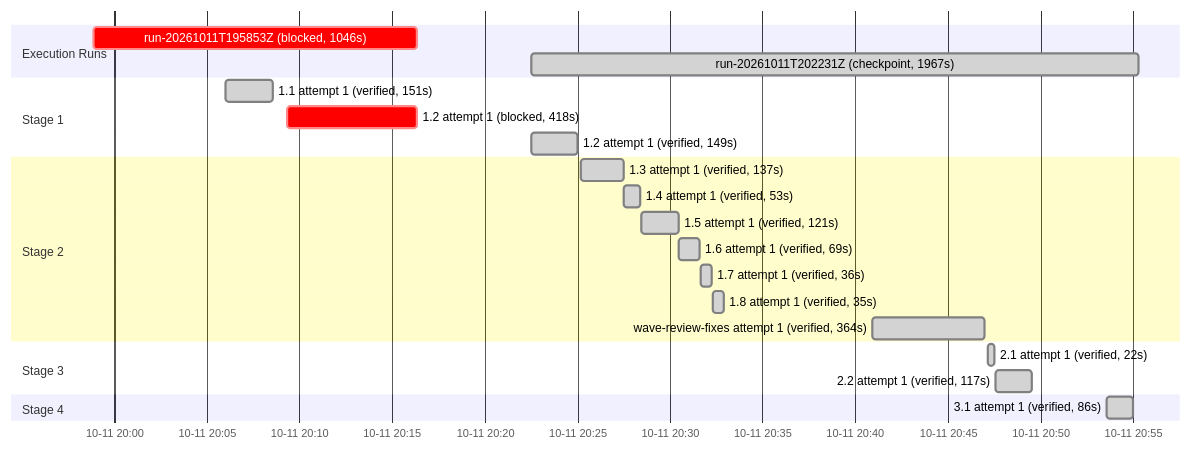
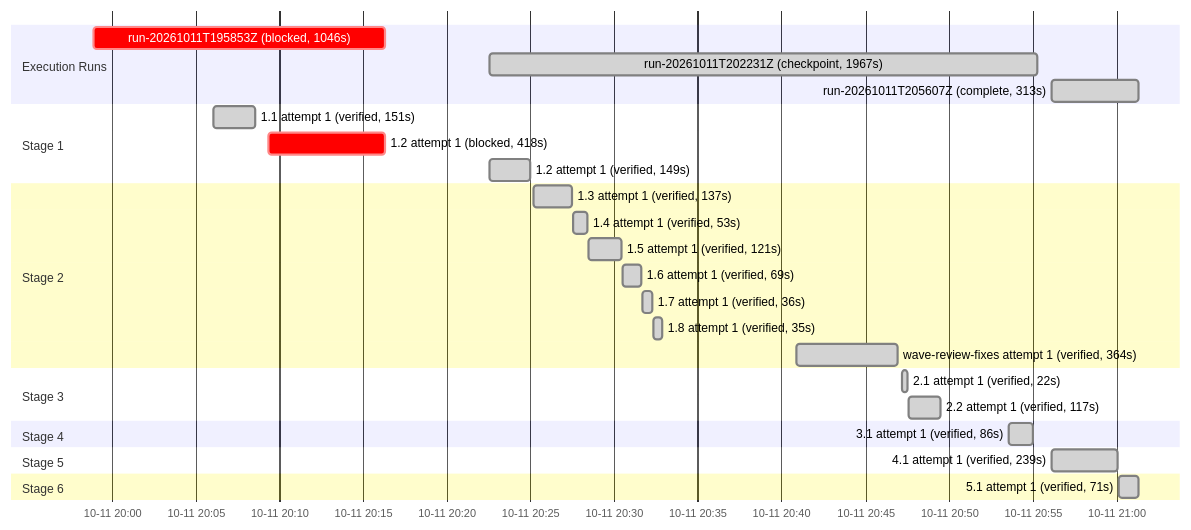
The second of 2 diagrams in .specs/contact-fields-completion/05_execution.md (sohampatwardhan/icloud-mcp), drawn with Mermaid before and after one commit. The commit also changed other lines of this file and 5 other files, not shown here.

````diff
--- a/.specs/contact-fields-completion/05_execution.md
+++ b/.specs/contact-fields-completion/05_execution.md
@@ -157,25 +156,30 @@
 ```mermaid
 gantt
     dateFormat YYYY-MM-DDTHH:mm:ss
     axisFormat %m-%d %H:%M
     section Execution Runs
     run-20261011T195853Z (blocked, 1046s) :crit, run_20261011T195853Z, 2026-10-11T19:58:53, 2026-10-11T20:16:19
     run-20261011T202231Z (checkpoint, 1967s) :done, run_20261011T202231Z, 2026-10-11T20:22:31, 2026-10-11T20:55:18
+    run-20261011T205607Z (complete, 313s) :done, run_20261011T205607Z, 2026-10-11T20:56:07, 2026-10-11T21:01:20
     section Stage 1
     1.1 attempt 1 (verified, 151s) :done, b_1_1_attempt1, 2026-10-11T20:06:02, 2026-10-11T20:08:33
     1.2 attempt 1 (blocked, 418s) :crit, b_1_2_attempt1, 2026-10-11T20:09:21, 2026-10-11T20:16:19
     1.2 attempt 1 (verified, 149s) :done, b_1_2_attempt1, 2026-10-11T20:22:31, 2026-10-11T20:25:00
     section Stage 2
     1.3 attempt 1 (verified, 137s) :done, b_1_3_attempt1, 2026-10-11T20:25:12, 2026-10-11T20:27:29
     1.4 attempt 1 (verified, 53s) :done, b_1_4_attempt1, 2026-10-11T20:27:31, 2026-10-11T20:28:24
     1.5 attempt 1 (verified, 121s) :done, b_1_5_attempt1, 2026-10-11T20:28:26, 2026-10-11T20:30:27
     1.6 attempt 1 (verified, 69s) :done, b_1_6_attempt1, 2026-10-11T20:30:29, 2026-10-11T20:31:38
     1.7 attempt 1 (verified, 36s) :done, b_1_7_attempt1, 2026-10-11T20:31:41, 2026-10-11T20:32:17
     1.8 attempt 1 (verified, 35s) :done, b_1_8_attempt1, 2026-10-11T20:32:19, 2026-10-11T20:32:54
     wave-review-fixes attempt 1 (verified, 364s) :done, wave_review_fixes_attempt1, 2026-10-11T20:40:54, 2026-10-11T20:46:58
     section Stage 3
     2.1 attempt 1 (verified, 22s) :done, b_2_1_attempt1, 2026-10-11T20:47:11, 2026-10-11T20:47:33
     2.2 attempt 1 (verified, 117s) :done, b_2_2_attempt1, 2026-10-11T20:47:35, 2026-10-11T20:49:32
     section Stage 4
     3.1 attempt 1 (verified, 86s) :done, b_3_1_attempt1, 2026-10-11T20:53:35, 2026-10-11T20:55:01
+    section Stage 5
+    4.1 attempt 1 (verified, 239s) :done, b_4_1_attempt1, 2026-10-11T20:56:07, 2026-10-11T21:00:06
+    section Stage 6
+    5.1 attempt 1 (verified, 71s) :done, b_5_1_attempt1, 2026-10-11T21:00:09, 2026-10-11T21:01:20
 ```
````
